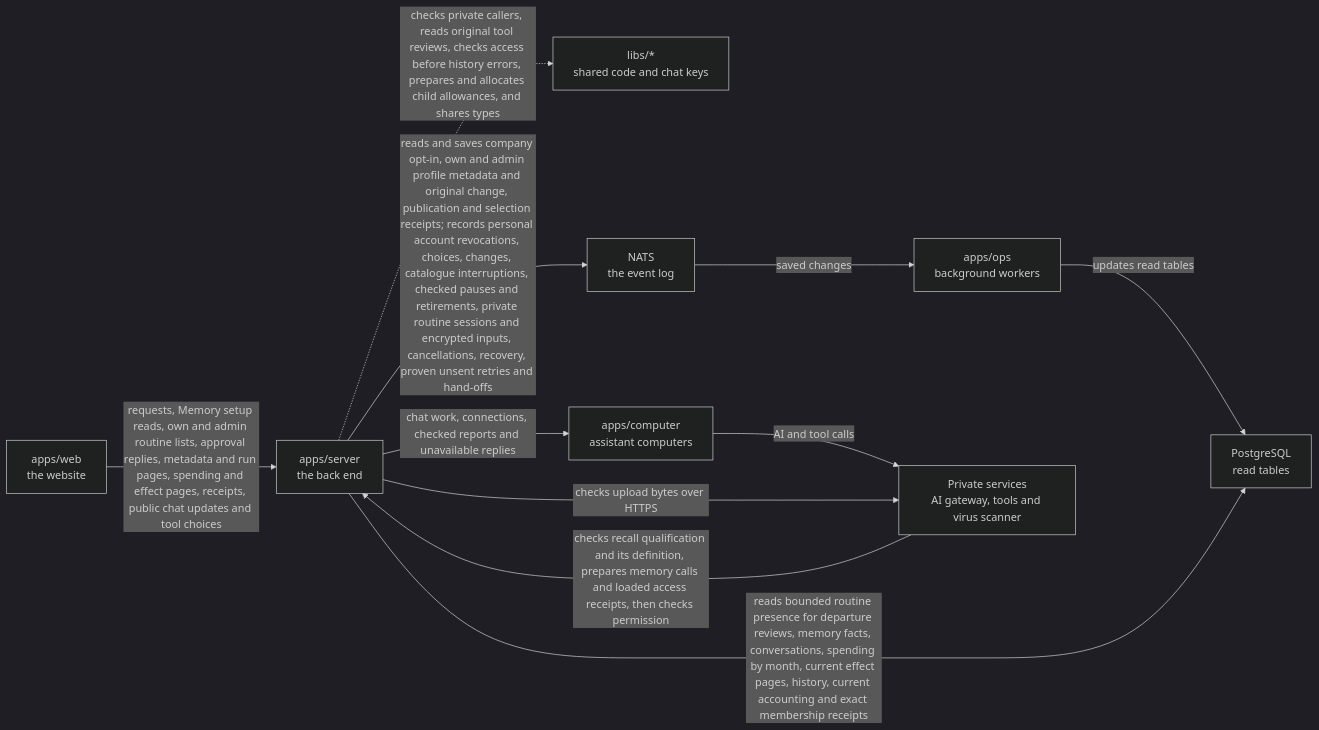
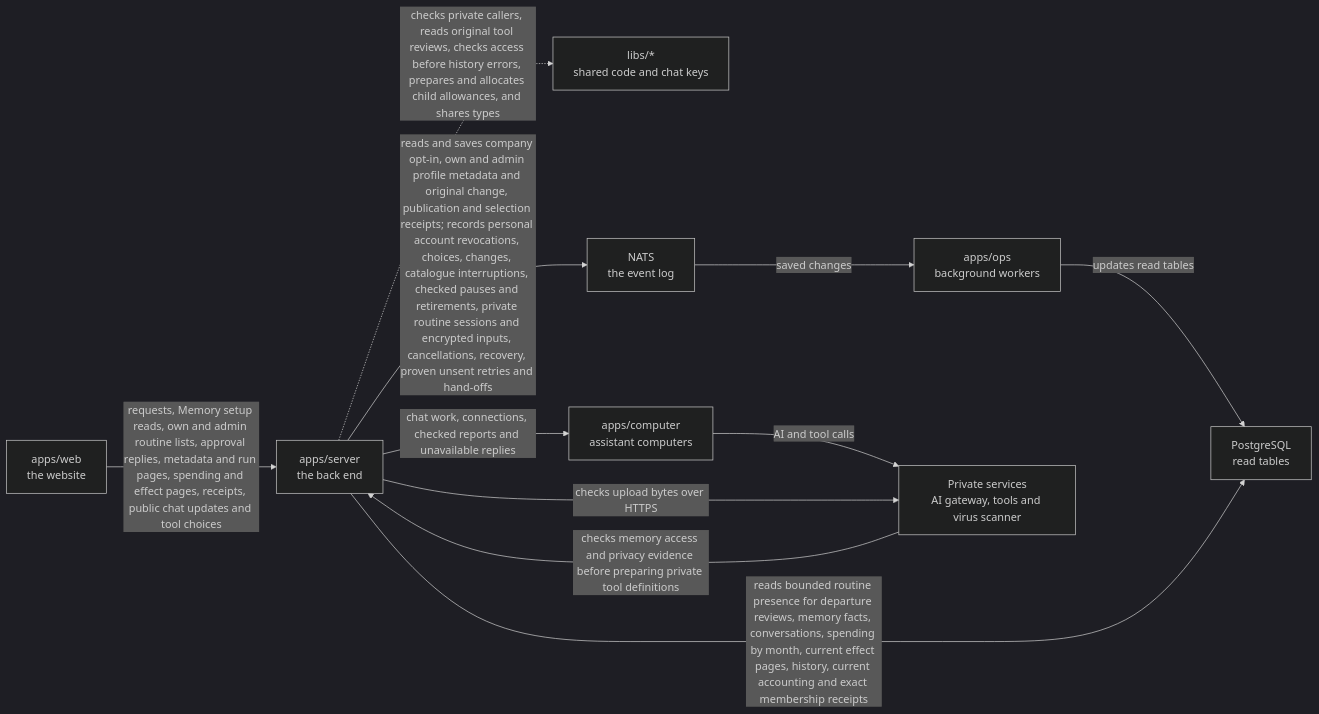
One commit to elewa-git/opencrane-new changed the diagram in apps/server/README.md. Above: the diagram before and after it, drawn with Mermaid (dark theme). The commit also changed other lines of this file and 7 other files, not shown here.

First line of the commit message:
🧠 Personal remember tools are prepared only with current privacy qualification, and native writes stay off (#745)

````diff
--- a/apps/server/README.md
+++ b/apps/server/README.md
@@ -92,13 +92,13 @@
 ```mermaid
 flowchart LR
   web["apps/web<br/>the website"] -->|requests, Memory setup reads, own and admin routine lists, approval replies, metadata and run pages, spending and effect pages, receipts, public chat updates and tool choices| server["apps/server<br/>the back end"]
   server -.->|checks private callers, reads original tool reviews, checks access before history errors, prepares and allocates child allowances, and shares types| libs["libs/*<br/>shared code and chat keys"]
   server -->|reads and saves company opt-in, own and admin profile metadata and original change, publication and selection receipts; records personal account revocations, choices, changes, catalogue interruptions, checked pauses and retirements, private routine sessions and encrypted inputs, cancellations, recovery, proven unsent retries and hand-offs| nats["NATS<br/>the event log"]
   nats -->|saved changes| ops["apps/ops<br/>background workers"]
   ops -->|updates read tables| postgres["PostgreSQL<br/>read tables"]
   server -->|reads bounded routine presence for departure reviews, memory facts, conversations, spending by month, current effect pages, history, current accounting and exact membership receipts| postgres
   server -->|chat work, connections, checked reports and unavailable replies| computer["apps/computer<br/>assistant computers"]
   computer -->|AI and tool calls| runtime["Private services<br/>AI gateway, tools and virus scanner"]
   server -->|checks upload bytes over HTTPS| runtime
-  runtime -->|checks recall qualification and its definition, prepares memory calls and loaded access receipts, then checks permission| server
+  runtime -->|checks memory access and privacy evidence before preparing private tool definitions| server
 ```
````
